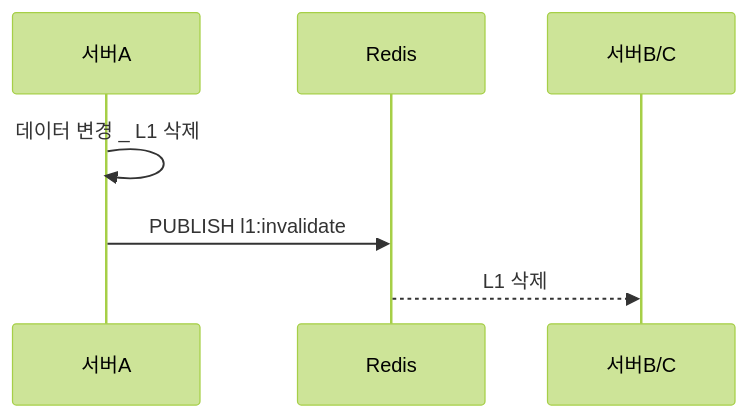
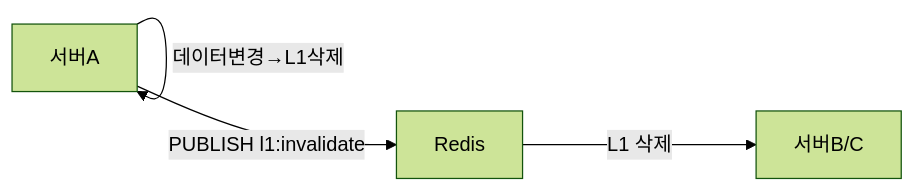
Before and after one commit to yjkim2015/yjkim2015.github.io: the fifth of 8 diagrams in _posts/caching/2026-05-03-multi-layer-caching.md, drawn with Mermaid (forest theme). The commit also changed other lines of this file and 84 other files, not shown here.

First line of the commit message:
85개 포스트 Mermaid 다이어그램 규칙 일괄 수정

````diff
--- a/_posts/caching/2026-05-03-multi-layer-caching.md
+++ b/_posts/caching/2026-05-03-multi-layer-caching.md
@@ -345,9 +343,9 @@
 ```mermaid
-sequenceDiagram
-    participant SA as 서버A
-    participant Redis as Redis
-    participant SB as 서버B/C
-    SA->>SA: 데이터 변경 _ L1 삭제
-    SA->>Redis: PUBLISH l1:invalidate
-    Redis-->>SB: L1 삭제
+graph LR
+    SA["서버A"]
+    R["Redis"]
+    SB["서버B/C"]
+    SA -->|"데이터변경→L1삭제"| SA
+    SA -->|"PUBLISH l1:invalidate"| R
+    R -->|"L1 삭제"| SB
 ```
````
